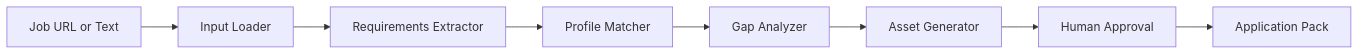
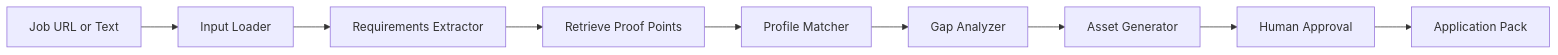
One commit to ricardomatos95/job-analyser changed the diagram in README.md. Above: the diagram before and after it, drawn with Mermaid. The commit also changed other lines of this file and 19 other files, not shown here.

````diff
--- a/README.md
+++ b/README.md
@@ -27,10 +29,11 @@
 ```mermaid
 flowchart LR
     A[Job URL or Text] --> B[Input Loader]
     B --> C[Requirements Extractor]
-    C --> D[Profile Matcher]
+    C --> C2[Retrieve Proof Points]
+    C2 --> D[Profile Matcher]
     D --> E[Gap Analyzer]
     E --> F[Asset Generator]
     F --> G[Human Approval]
     G --> H[Application Pack]
 ```
````
